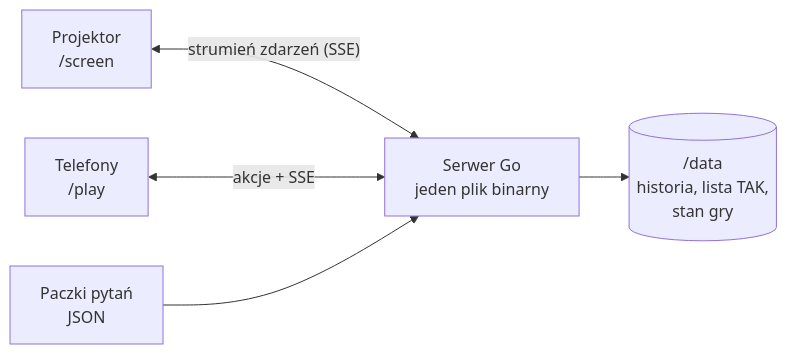
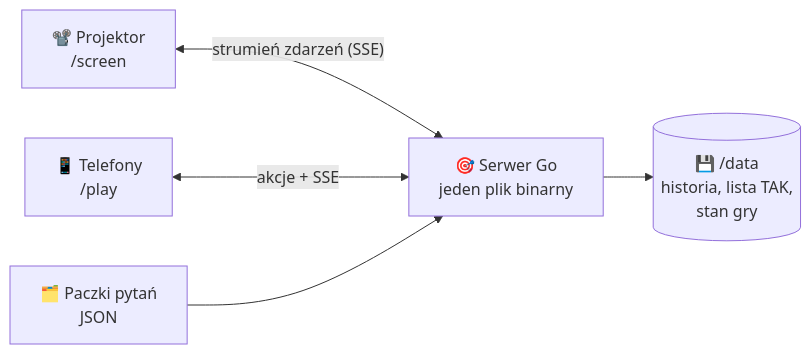
The diagram in docs/rozwoj.md (Huge-Commits-Only/duet), drawn with Mermaid before and after one commit. The commit also changed other lines of this file and 9 other files, not shown here.

````diff
--- a/docs/rozwoj.md
+++ b/docs/rozwoj.md
@@ -7,7 +7,7 @@
 ```mermaid
 flowchart LR
-    P["Projektor<br/>/screen"] <-- "strumień zdarzeń (SSE)" --> S
-    T["Telefony<br/>/play"] <-- "akcje + SSE" --> S
-    S["Serwer Go<br/>jeden plik binarny"] --> D[("/data<br/>historia, lista TAK,<br/>stan gry")]
-    Q["Paczki pytań<br/>JSON"] --> S
+    P["📽️ Projektor<br/>/screen"] <-- "strumień zdarzeń (SSE)" --> S
+    T["📱 Telefony<br/>/play"] <-- "akcje + SSE" --> S
+    S["🎯 Serwer Go<br/>jeden plik binarny"] --> D[("💾 /data<br/>historia, lista TAK,<br/>stan gry")]
+    Q["🗂️ Paczki pytań<br/>JSON"] --> S
 ```
````
